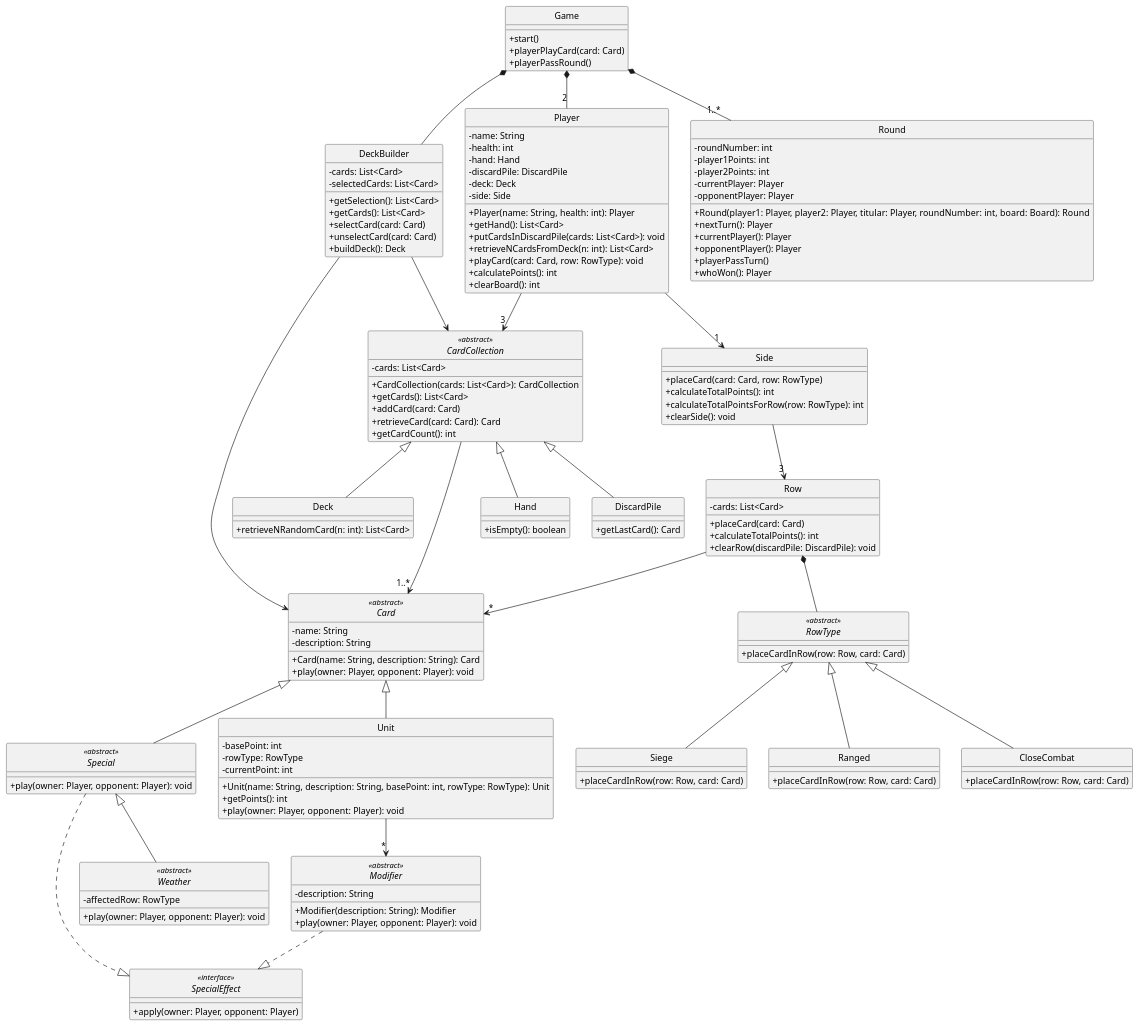
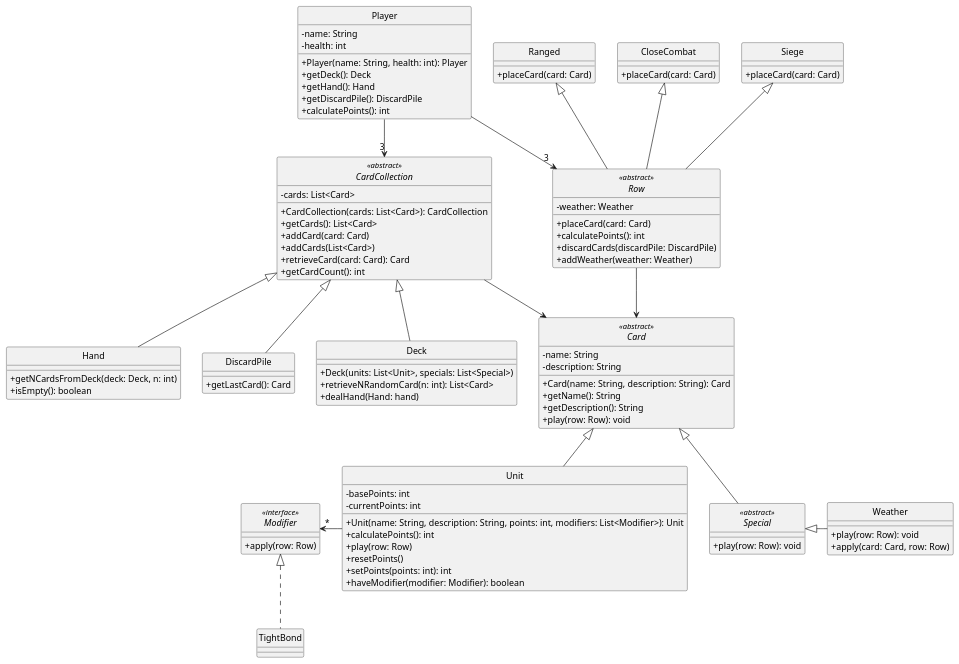
One commit to Yonhir/algo3_proyecto_base_tp2 changed the diagram in diagrams/classes/boceto.plantuml. Above: the diagram before and after it, drawn with PlantUML.

Commit message:
Boceto corregido por entrega 1.

```diff
--- a/diagrams/classes/boceto.plantuml
+++ b/diagrams/classes/boceto.plantuml
@@ -1,176 +1,126 @@
 @startuml
 
 skinparam monochrome true
 hide circle
 skinparam classAttributeIconSize 0
 
 ' =====================
 ' GAME
 ' =====================
-class Game {
-  +start()
-  +playerPlayCard(card: Card)
-  +playerPassRound()
-}
-
-class DeckBuilder {
-  -cards: List<Card>
-  -selectedCards: List<Card>
-  +getSelection(): List<Card>
-  +getCards(): List<Card>
-  +selectCard(card: Card)
-  +unselectCard(card: Card)
-  +buildDeck(): Deck
+class Player {
+  -name: String
+  -health: int
+  +Player(name: String, health: int): Player
+  +getDeck(): Deck
+  +getHand(): Hand
+  +getDiscardPile(): DiscardPile
+  +calculatePoints(): int
 }
 
 abstract class CardCollection <<abstract>> {
   -cards: List<Card>
   +CardCollection(cards: List<Card>): CardCollection
   +getCards(): List<Card>
   +addCard(card: Card)
+  +addCards(List<Card>)
   +retrieveCard(card: Card): Card
   +getCardCount(): int
 }
 
 class Hand {
+  +getNCardsFromDeck(deck: Deck, n: int)
   +isEmpty(): boolean
 }
 
 class DiscardPile {
   +getLastCard(): Card
 }
 
 class Deck {
+  +Deck(units: List<Unit>, specials: List<Special>)
   +retrieveNRandomCard(n: int): List<Card>
+  +dealHand(Hand: hand)
 }
 
-class Player {
-  -name: String
-  -health: int
-  -hand: Hand
-  -discardPile: DiscardPile
-  -deck: Deck
-  -side: Side
-  +Player(name: String, health: int): Player
-  +getHand(): List<Card>
-  +putCardsInDiscardPile(cards: List<Card>): void
-  +retrieveNCardsFromDeck(n: int): List<Card>
-  +playCard(card: Card, row: RowType): void
+interface Row <<abstract>> {
+  -weather: Weather
+  +placeCard(card: Card)
   +calculatePoints(): int
-  +clearBoard(): int
+  +discardCards(discardPile: DiscardPile)
+  +addWeather(weather: Weather)
 }
 
-class Round {
-  -roundNumber: int
-  -player1Points: int
-  -player2Points: int
-  -currentPlayer: Player
-  -opponentPlayer: Player
-  +Round(player1: Player, player2: Player, titular: Player, roundNumber: int, board: Board): Round
-  +nextTurn(): Player
-  +currentPlayer(): Player
-  +opponentPlayer(): Player
-  +playerPassTurn()
-  +whoWon(): Player
+class Ranged {
+  +placeCard(card: Card)
 }
 
-class Side {
-  +placeCard(card: Card, row: RowType)
-  +calculateTotalPoints(): int
-  +calculateTotalPointsForRow(row: RowType): int
-  +clearSide(): void
+class CloseCombat {
+  +placeCard(card: Card)
 }
 
-abstract class RowType <<abstract>> {
-  +placeCardInRow(row: Row, card: Card)
-}
-
-class Ranged extends RowType {
-  +placeCardInRow(row: Row, card: Card)
-}
-
-class CloseCombat extends RowType {
-  +placeCardInRow(row: Row, card: Card)
-}
-
-class Siege extends RowType {
-  +placeCardInRow(row: Row, card: Card)
-}
-
-class Row {
-  -cards: List<Card>
+class Siege {
   +placeCard(card: Card)
-  +calculateTotalPoints(): int
-  +clearRow(discardPile: DiscardPile): void
-}
-
-' =====================
-' CARD
-' =====================
-interface SpecialEffect <<interface>> {
-  +apply(owner: Player, opponent: Player)
 }
 
 abstract class Card <<abstract>> {
   -name: String
   -description: String
   +Card(name: String, description: String): Card
-  +play(owner: Player, opponent: Player): void
+  +getName(): String
+  +getDescription(): String
+  +play(row: Row): void
 }
 
 class Unit {
-  -basePoint: int
-  -rowType: RowType
-  -currentPoint: int
-  +Unit(name: String, description: String, basePoint: int, rowType: RowType): Unit
-  +getPoints(): int
-  +play(owner: Player, opponent: Player): void
+  -basePoints: int
+  -currentPoints: int
+  +Unit(name: String, description: String, points: int, modifiers: List<Modifier>): Unit
+  +calculatePoints(): int
+  +play(row: Row)
+  +resetPoints()
+  +setPoints(points: int): int
+  +haveModifier(modifier: Modifier): boolean
 }
 
 abstract class Special <<abstract>> {
-  +play(owner: Player, opponent: Player): void
+  +play(row: Row): void
 }
 
-abstract class Weather <<abstract>> {
-  -affectedRow: RowType
-  +play(owner: Player, opponent: Player): void
+class TightBond{
+
 }
 
-abstract class Modifier <<abstract>> {
-  -description: String
-  +Modifier(description: String): Modifier
-  +play(owner: Player, opponent: Player): void
+interface Modifier <<interface>> {
+    +apply(row: Row)
 }
+
+class Weather {
+  +play(row: Row): void
+  +apply(card: Card, row: Row)
+}
+
 
 ' =====================
 ' RELATIONSHIPS
 ' =====================
+Player --> "3" CardCollection
+Player --> "3" Row
 
-Game *-- "1..*" Round
-Game *-- "2" Player
-Game *-- DeckBuilder
-
-DeckBuilder --> Card
-DeckBuilder --> CardCollection
-
-CardCollection --> "1..*" Card
+CardCollection -->  Card
 CardCollection <|-- Hand
 CardCollection <|-- DiscardPile
 CardCollection <|-- Deck
 
-Player --> "3" CardCollection
-Player --> "1" Side
+Ranged <|-- Row
+CloseCombat <|-- Row
+Siege <|-- Row
 
-Side --> "3" Row
-Row *-- RowType
-Row --> "*" Card
+Row --> Card
 
 Card <|-- Unit
 Card <|-- Special
-Special <|-- Weather
-
-Unit --> "*" Modifier
-Modifier ..|> SpecialEffect
-Special ..|> SpecialEffect
+Modifier "*"<- Unit
+Modifier <|.. TightBond
+Special <|- Weather
 
 @enduml
```
